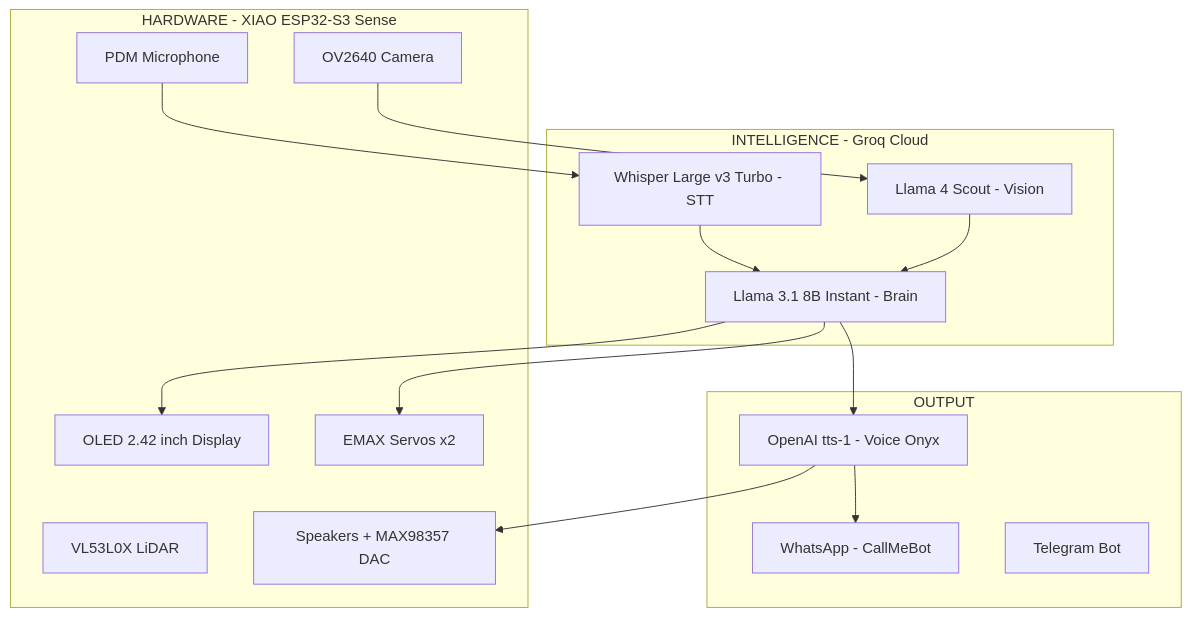
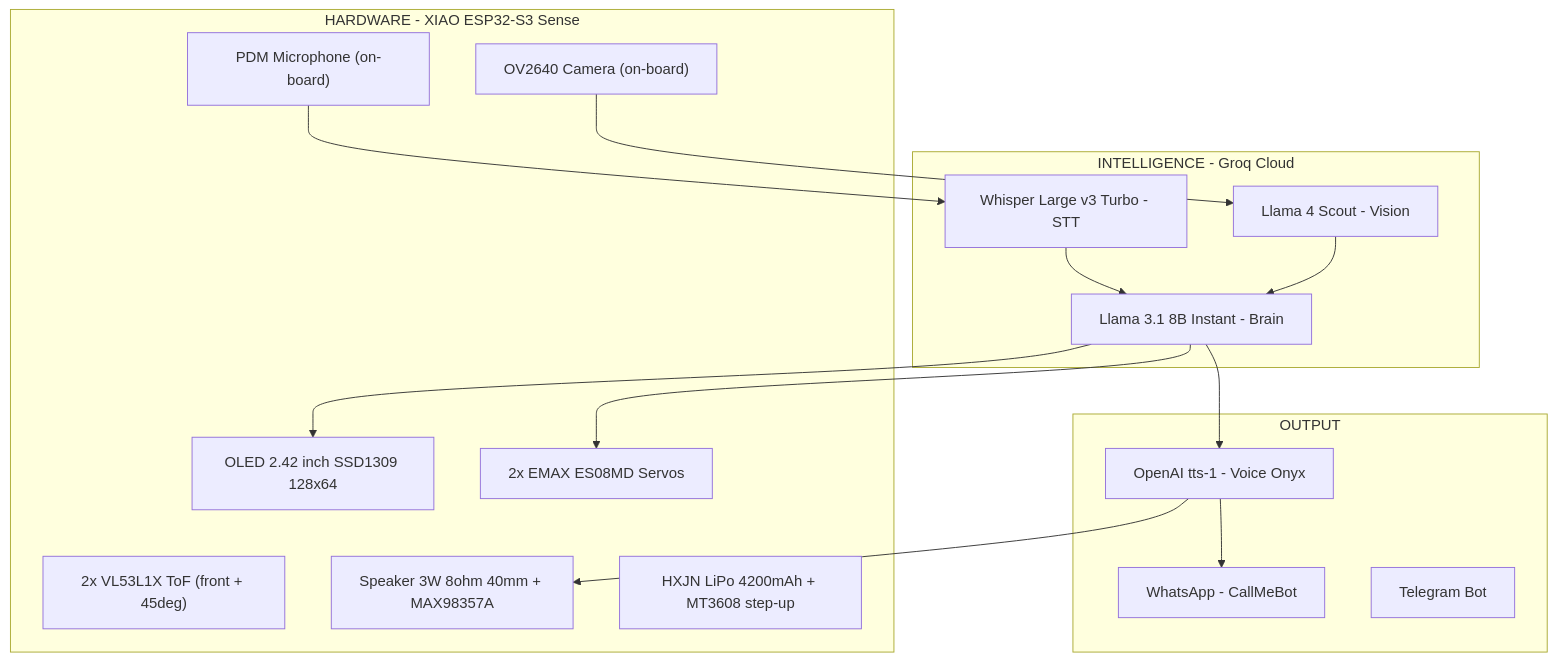
One commit to zabbix-byte/real-tars changed the first of 3 diagrams in README.md. Above: the diagram before and after it, drawn with Mermaid. The commit also changed other lines of this file and 6 other files, not shown here.

````diff
--- a/README.md
+++ b/README.md
@@ -10,33 +10,34 @@
 ```mermaid
 graph TB
     subgraph HW["HARDWARE - XIAO ESP32-S3 Sense"]
-        MIC["PDM Microphone"]
-        CAM["OV2640 Camera"]
-        LIDAR["VL53L0X LiDAR"]
-        OLED["OLED 2.42 inch Display"]
-        SERVOS["EMAX Servos x2"]
-        SPK["Speakers + MAX98357 DAC"]
+        MIC["PDM Microphone (on-board)"]
+        CAM["OV2640 Camera (on-board)"]
+        LIDAR["2x VL53L1X ToF (front + 45deg)"]
+        OLED["OLED 2.42 inch SSD1309 128x64"]
+        SERVOS["2x EMAX ES08MD Servos"]
+        SPK["Speaker 3W 8ohm 40mm + MAX98357A"]
+        BATT["HXJN LiPo 4200mAh + MT3608 step-up"]
     end
 
     subgraph AI["INTELLIGENCE - Groq Cloud"]
         STT["Whisper Large v3 Turbo - STT"]
         LLM["Llama 3.1 8B Instant - Brain"]
         VIS["Llama 4 Scout - Vision"]
     end
 
     subgraph OUT["OUTPUT"]
         TTS["OpenAI tts-1 - Voice Onyx"]
         WA["WhatsApp - CallMeBot"]
         TG["Telegram Bot"]
     end
 
     MIC --> STT
     CAM --> VIS
     STT --> LLM
     VIS --> LLM
     LLM --> TTS
     TTS --> SPK
     TTS --> WA
     LLM --> OLED
     LLM --> SERVOS
 ```
````
